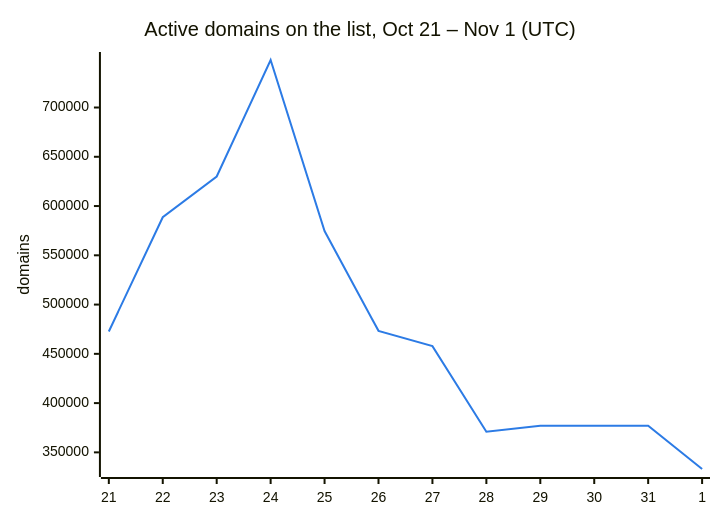
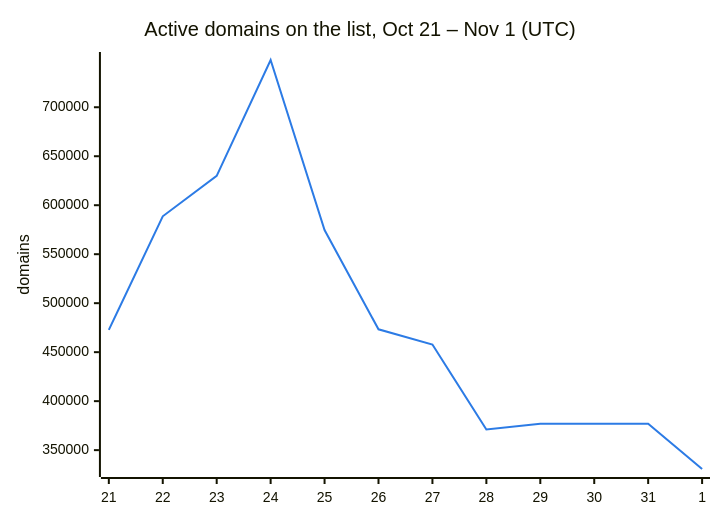
The second of 3 diagrams in README.md (DNSBunker/CTI), drawn with Mermaid before and after one commit. The commit also changed other lines of this file and 3 other files, not shown here.

````diff
--- a/README.md
+++ b/README.md
@@ -38,8 +38,8 @@
 ```mermaid
 %%{init: {"themeVariables": {"xyChart": {"plotColorPalette": "#2c7be5"}}}}%%
 xychart-beta
     title "Active domains on the list, Oct 21 – Nov 1 (UTC)"
     x-axis ["21", "22", "23", "24", "25", "26", "27", "28", "29", "30", "31", "1"]
     y-axis "domains"
-    line [472713, 588659, 629951, 748222, 574614, 473331, 457795, 371010, 376945, 376945, 376945, 333120]
+    line [472713, 588659, 629951, 748222, 574614, 473331, 457795, 371010, 376945, 376945, 376945, 330745]
 ```
````
